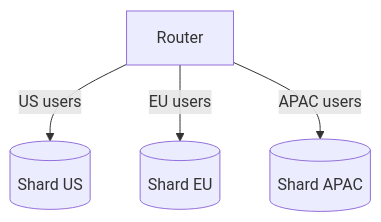
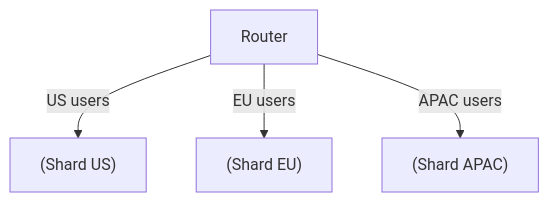
The fourth of 9 diagrams in src/interview/system-design/hld/database-design.md (vanos001/placement_prep), drawn with Mermaid before and after one commit. The commit also changed other lines of this file and 19 other files, not shown here.

First line of the commit message:
fix(mermaid,links): repair regressions after merging dev into dev2

````diff
--- a/src/interview/system-design/hld/database-design.md
+++ b/src/interview/system-design/hld/database-design.md
@@ -214,6 +214,6 @@
 ```mermaid
 graph TD
-    R[Router] -->|US users| S1[(Shard US)]
-    R -->|EU users| S2[(Shard EU)]
-    R -->|APAC users| S3[(Shard APAC)]
+    R[Router] -->|US users| S1["(Shard US)"]
+    R -->|EU users| S2["(Shard EU)"]
+    R -->|APAC users| S3["(Shard APAC)"]
 ```
````
